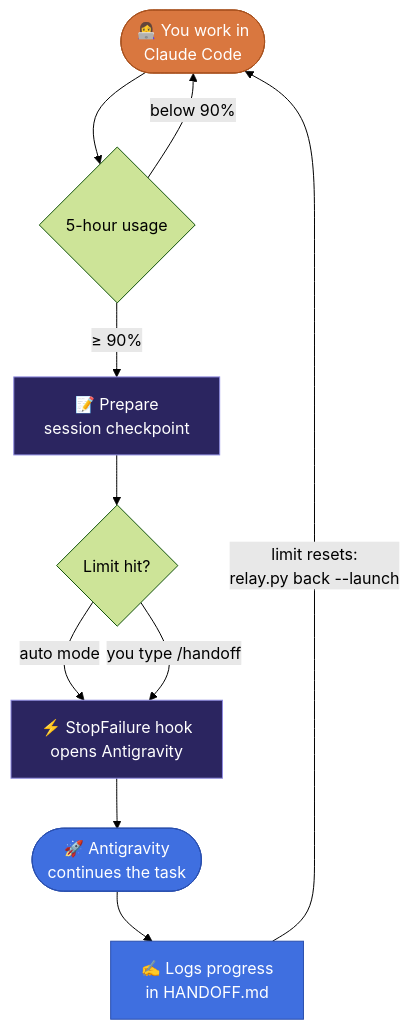
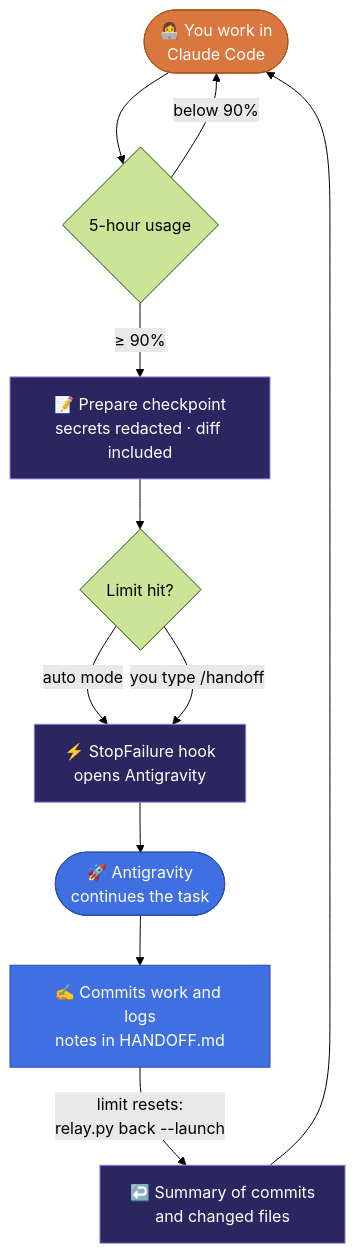
The first of 3 diagrams in README.md (CodeWidKrish/claude-relay), drawn with Mermaid (forest theme) before and after one commit. The commit also changed other lines of this file and 10 other files, not shown here.

First line of the commit message:
docs: showcase README with demo GIF, animated architecture and stats

````diff
--- a/README.md
+++ b/README.md
@@ -123,19 +170,20 @@
 ```mermaid
 flowchart TD
     A([👩‍💻 You work in<br/>Claude Code]) --> B{5-hour usage}
     B -- "below 90%" --> A
-    B -- "≥ 90%" --> C[📝 Prepare<br/>session checkpoint]
+    B -- "≥ 90%" --> C[📝 Prepare checkpoint<br/>secrets redacted · diff included]
     C --> D{Limit hit?}
     D -- "auto mode" --> E[⚡ StopFailure hook<br/>opens Antigravity]
     D -- "you type /handoff" --> E
     E --> F([🚀 Antigravity<br/>continues the task])
-    F --> G[✍️ Logs progress<br/>in HANDOFF.md]
-    G -- "limit resets:<br/>relay.py back --launch" --> A
+    F --> G[✍️ Commits work and logs<br/>notes in HANDOFF.md]
+    G -- "limit resets:<br/>relay.py back --launch" --> H[↩️ Summary of commits<br/>and changed files]
+    H --> A
 
     classDef claude fill:#d9773f,stroke:#a8521f,color:#fff
     classDef agy fill:#3f6fe0,stroke:#2a4fae,color:#fff
     classDef file fill:#2b2560,stroke:#8f8be0,color:#fff
     class A claude
     class F,G agy
-    class C,E file
+    class C,E,H file
 ```
````
